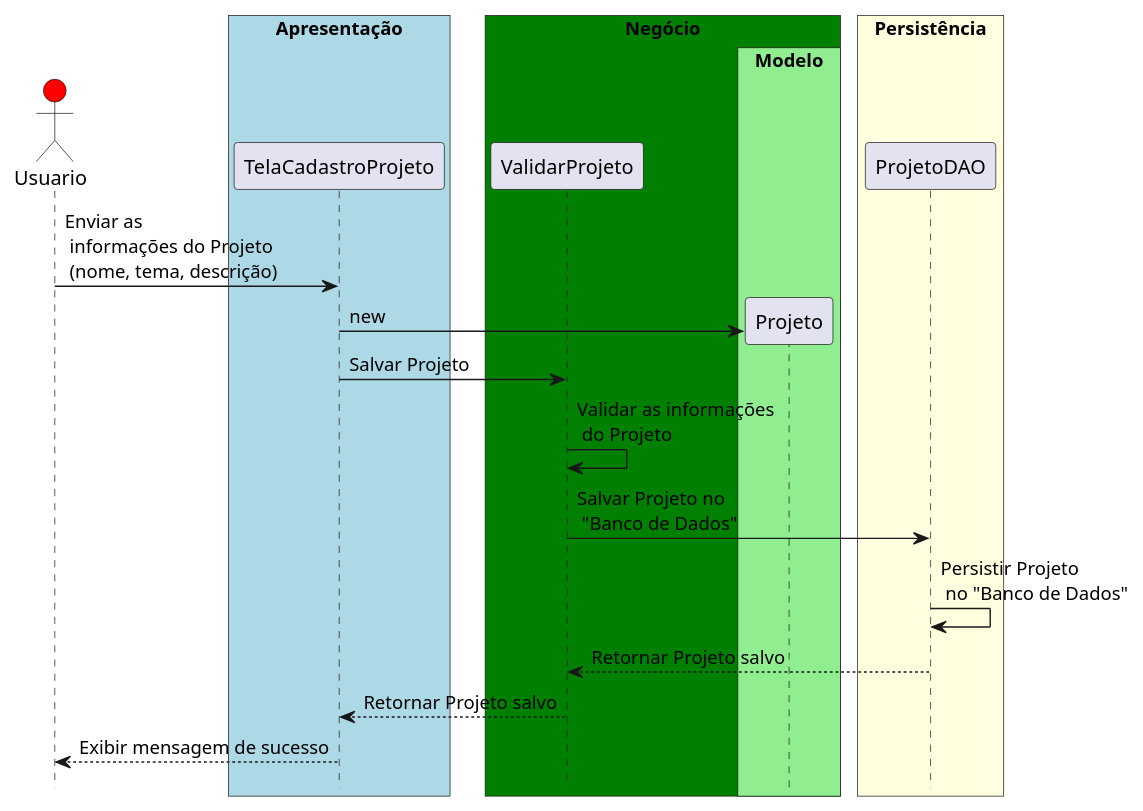
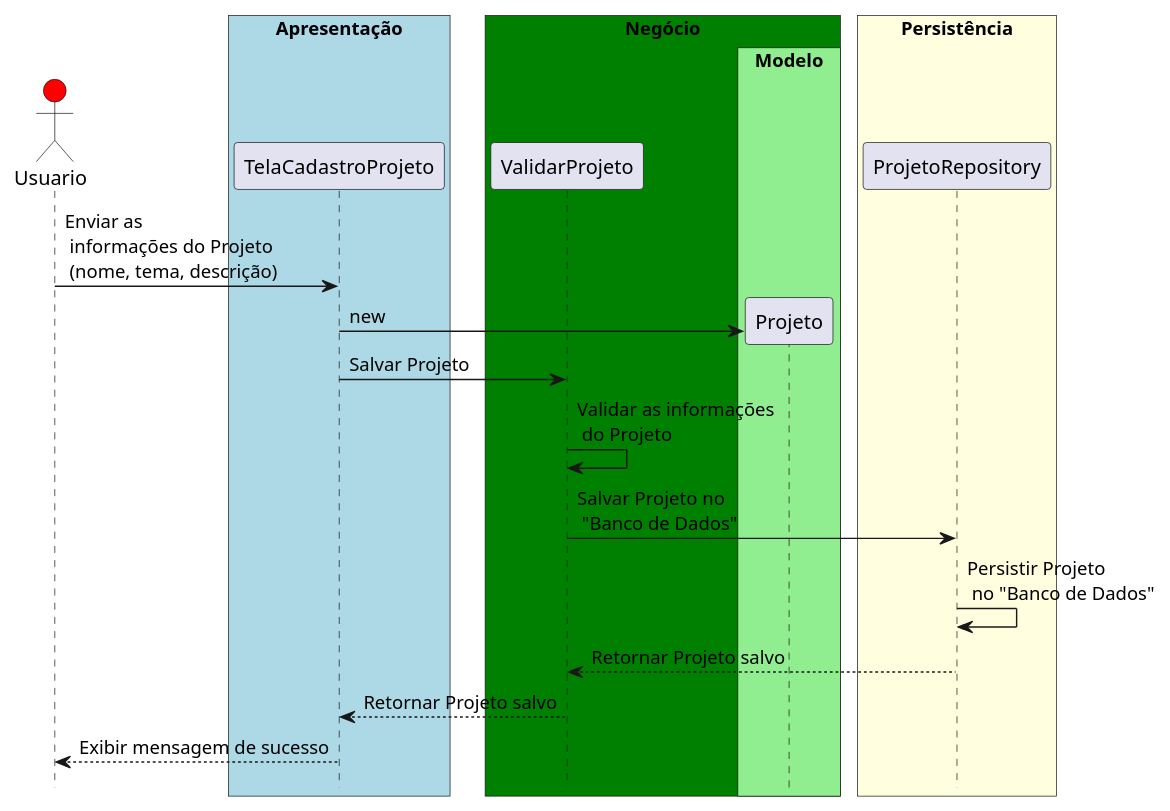
The diagram in racunho/Sequencia.md (20252-ifba-saj-ads-poo/blog), drawn with PlantUML before and after one commit. The commit also changed 3 other files, not shown here.

Commit message:
DAO to Repository

````diff
--- a/racunho/Sequencia.md
+++ b/racunho/Sequencia.md
@@ -6,34 +6,34 @@
 ```plantuml{kroki=true}
 @startuml
 hide footbox
 actor Usuario #red
 box "Apresentação" #lightblue  
     participant TelaCadastroProjeto
 end box
 !pragma teoz true
 box "Negócio" #green
 participant ValidarProjeto
 box "Modelo" #lightgreen
 participant Projeto
 end box
 end box
 box "Persistência" #lightyellow
-    participant ProjetoDAO
+    participant ProjetoRepository
 end box
 
 Usuario -> TelaCadastroProjeto: Enviar as \n informações do Projeto \n (nome, tema, descrição)
 create Projeto
 TelaCadastroProjeto -> Projeto: new
 
 
 TelaCadastroProjeto -> ValidarProjeto: Salvar Projeto
 ValidarProjeto -> ValidarProjeto: Validar as informações \n do Projeto
-ValidarProjeto -> ProjetoDAO: Salvar Projeto no \n "Banco de Dados"
-ProjetoDAO -> ProjetoDAO: Persistir Projeto \n no "Banco de Dados"
-ProjetoDAO --> ValidarProjeto : Retornar Projeto salvo
+ValidarProjeto -> ProjetoRepository: Salvar Projeto no \n "Banco de Dados"
+ProjetoRepository -> ProjetoRepository: Persistir Projeto \n no "Banco de Dados"
+ProjetoRepository --> ValidarProjeto : Retornar Projeto salvo
 ValidarProjeto --> TelaCadastroProjeto: Retornar Projeto salvo
 TelaCadastroProjeto --> Usuario: Exibir mensagem de sucesso 
 
 @enduml
 
 ```
````
